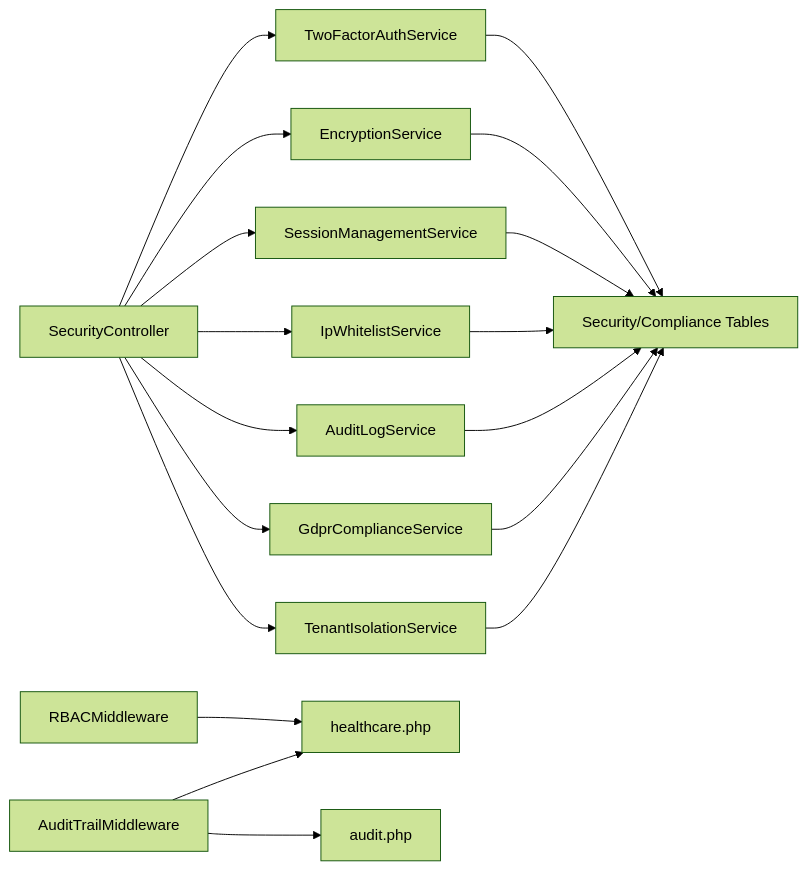
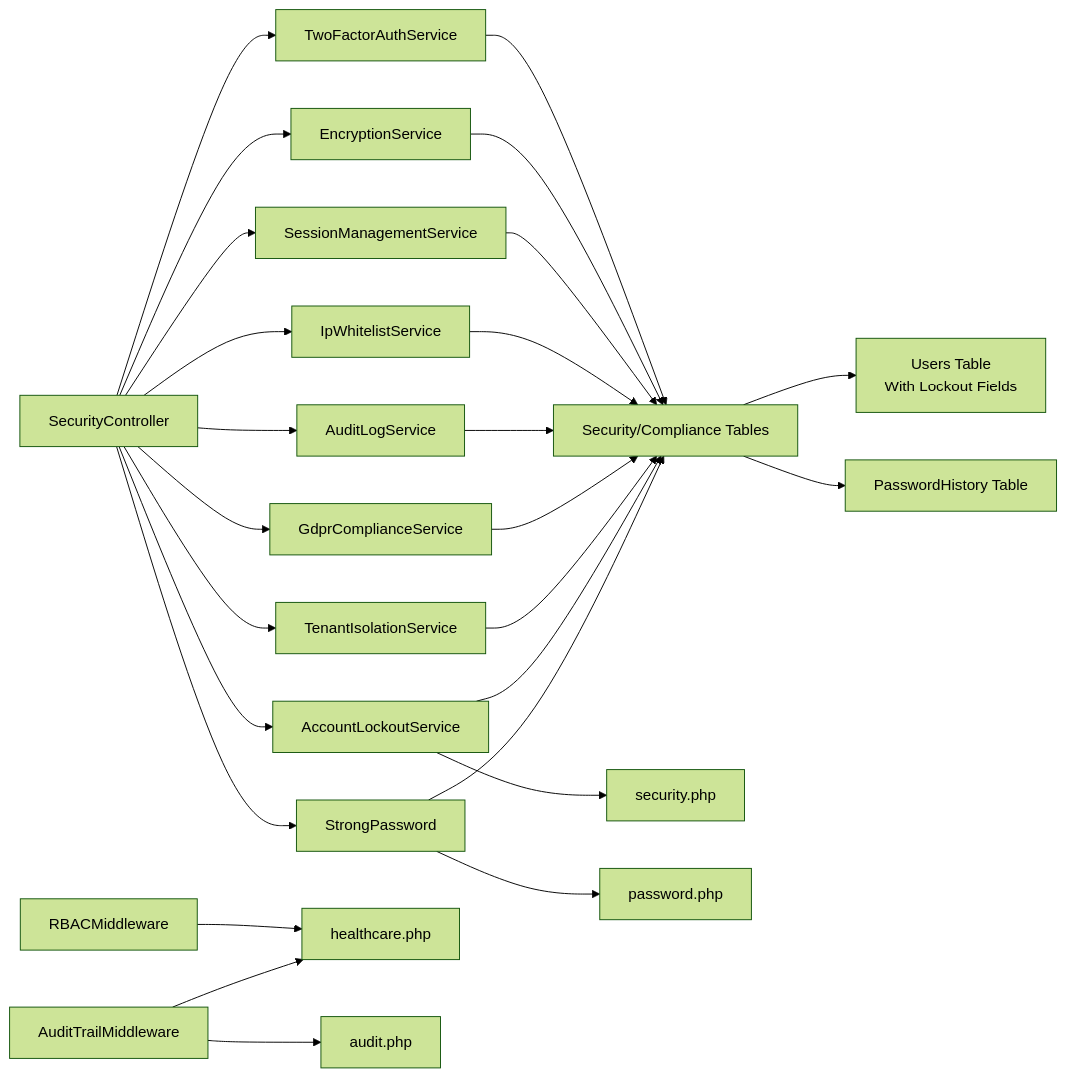
Diagram 14 of 14 in .qoder/repowiki/en/content/Security & Compliance/Security & Compliance.md (wahyudedik/qalcuityERP), drawn with Mermaid (forest theme) before and after one commit. The commit also changed other lines of this file and 626 other files, not shown here.

````diff
--- a/.qoder/repowiki/en/content/Security & Compliance/Security & Compliance.md
+++ b/.qoder/repowiki/en/content/Security & Compliance/Security & Compliance.md
@@ -469,20 +620,28 @@
 ```mermaid
 graph LR
 SecCtrl["SecurityController"] --> Svc2FA["TwoFactorAuthService"]
 SecCtrl --> SvcEnc["EncryptionService"]
 SecCtrl --> SvcSess["SessionManagementService"]
 SecCtrl --> SvcIP["IpWhitelistService"]
 SecCtrl --> SvcAudit["AuditLogService"]
 SecCtrl --> SvcGDPR["GdprComplianceService"]
 SecCtrl --> SvcIso["TenantIsolationService"]
-RBACMW["RBACMiddleware"] --> CfgHealth["healthcare.php"]
-AuditMW["AuditTrailMiddleware"] --> CfgHealth
-AuditMW --> CfgAudit["audit.php"]
+SecCtrl --> SvcLockout["AccountLockoutService"]
+SecCtrl --> RulePwd["StrongPassword"]
 Svc2FA --> DB["Security/Compliance Tables"]
 SvcEnc --> DB
 SvcSess --> DB
 SvcIP --> DB
 SvcAudit --> DB
 SvcGDPR --> DB
 SvcIso --> DB
+SvcLockout --> DB
+RulePwd --> DB
+DB --> UserTbl["Users Table<br/>With Lockout Fields"]
+DB --> PwdHist["PasswordHistory Table"]
+RBACMW["RBACMiddleware"] --> CfgHealth["healthcare.php"]
+AuditMW["AuditTrailMiddleware"] --> CfgHealth
+AuditMW --> CfgAudit["audit.php"]
+SvcLockout --> CfgSecurity["security.php"]
+RulePwd --> CfgPassword["password.php"]
 ```
````
